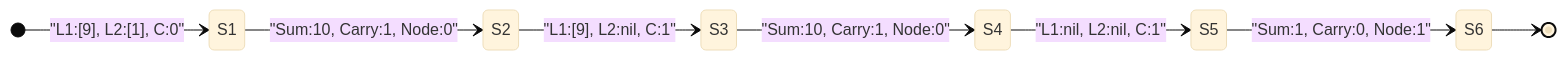
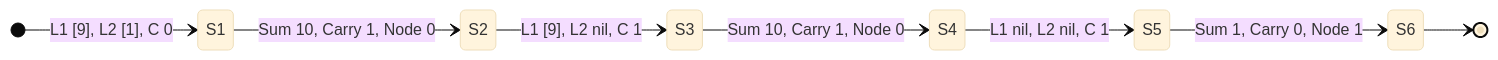
The second of 2 diagrams in docs/Leetcode/0002.Add-Two-Numbers/README_solution.md (kimi0230/LeetcodeGolang), drawn with Mermaid (base theme) before and after one commit. The commit also changed 1 other file, not shown here.

Commit message:
refactor: enhance visual aids in README for Two-Sum and Add Two Numbers by improving diagram clarity and formatting

````diff
--- a/docs/Leetcode/0002.Add-Two-Numbers/README_solution.md
+++ b/docs/Leetcode/0002.Add-Two-Numbers/README_solution.md
@@ -141,11 +141,11 @@
 ```mermaid
 stateDiagram-v2
     direction LR
-    [*] --> S1: "L1:[9], L2:[1], C:0"
-    S1 --> S2: "Sum:10, Carry:1, Node:0"
-    S2 --> S3: "L1:[9], L2:nil, C:1"
-    S3 --> S4: "Sum:10, Carry:1, Node:0"
-    S4 --> S5: "L1:nil, L2:nil, C:1"
-    S5 --> S6: "Sum:1, Carry:0, Node:1"
+    [*] --> S1: L1 [9], L2 [1], C 0
+    S1 --> S2: Sum 10, Carry 1, Node 0
+    S2 --> S3: L1 [9], L2 nil, C 1
+    S3 --> S4: Sum 10, Carry 1, Node 0
+    S4 --> S5: L1 nil, L2 nil, C 1
+    S5 --> S6: Sum 1, Carry 0, Node 1
     S6 --> [*]
 ```
````
